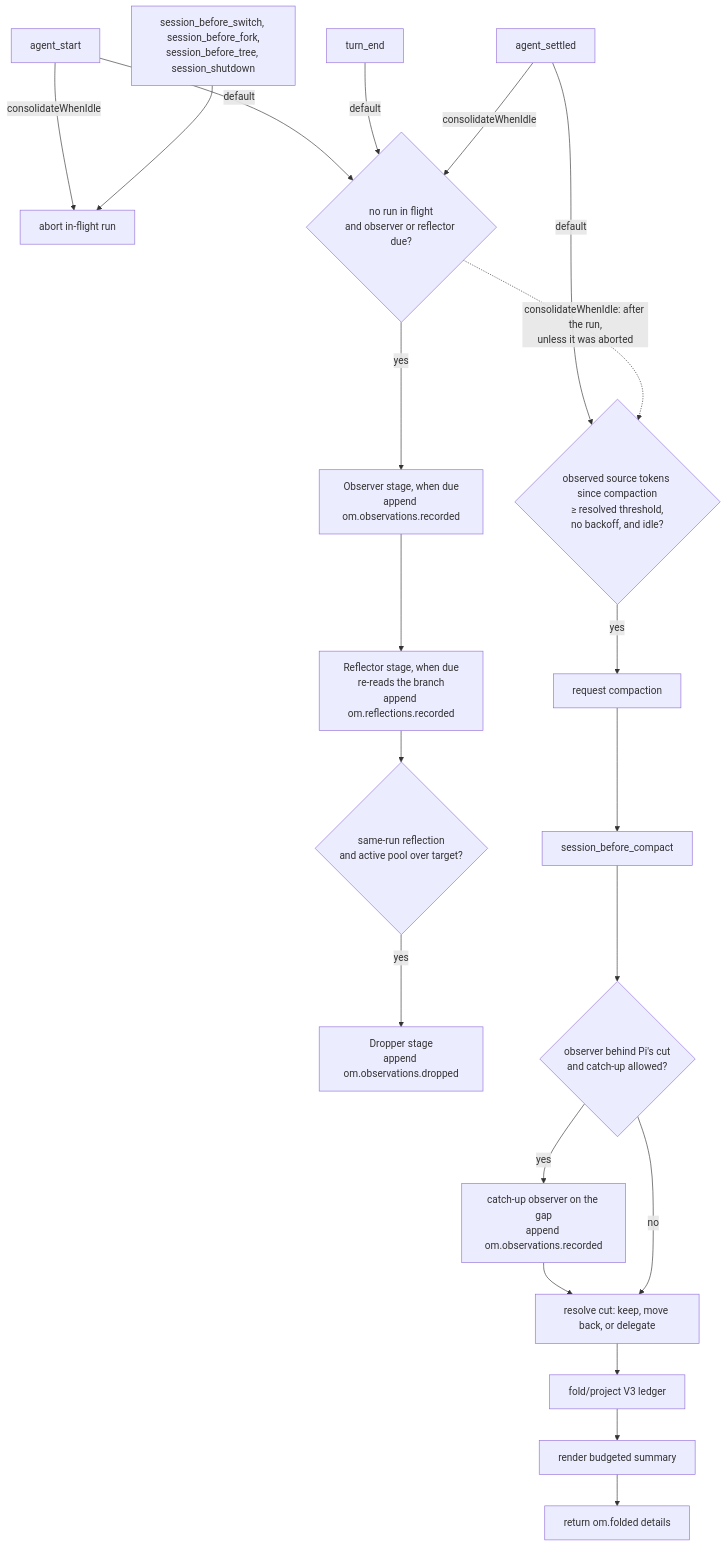
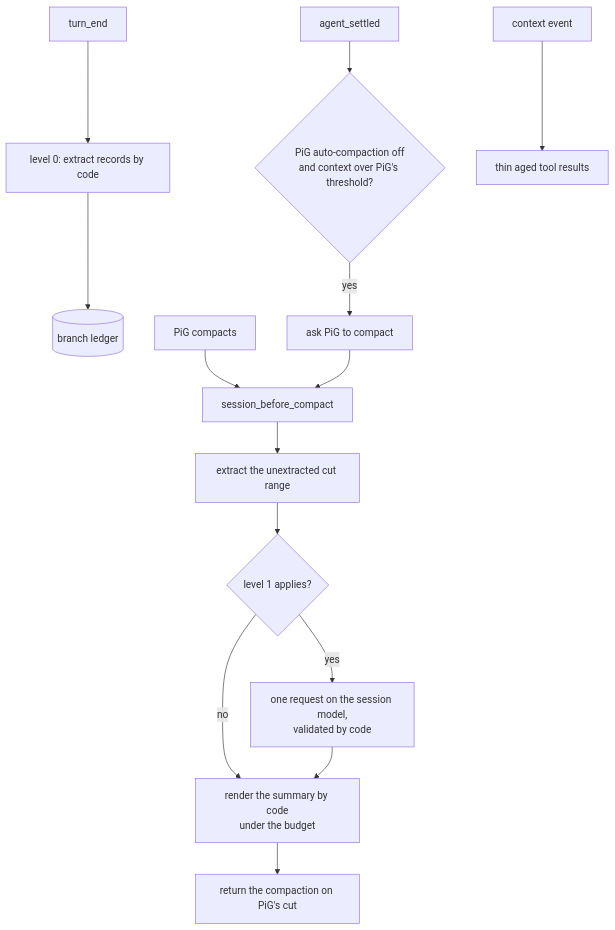
Before and after one commit to drvova/pig-observational-memory: the diagram in docs/how-it-works.md, drawn with Mermaid. The commit also changed other lines of this file and 179 other files, not shown here.

````diff
--- a/docs/how-it-works.md
+++ b/docs/how-it-works.md
@@ -24,42 +25,16 @@
 ```mermaid
 flowchart TD
-    AS[agent_start]
-    TE[turn_end]
-    AE[agent_settled]
-    SE[session_before_switch, session_before_fork,<br/>session_before_tree, session_shutdown]
-    SBC[session_before_compact]
-
-    Abort[abort in-flight run]
-    RunDue{no run in flight<br/>and observer or reflector due?}
-    Observer[Observer stage, when due<br/>append om.observations.recorded]
-    Reflector[Reflector stage, when due<br/>re-reads the branch<br/>append om.reflections.recorded]
-    DropDue{same-run reflection<br/>and active pool over target?}
-    Dropper[Dropper stage<br/>append om.observations.dropped]
-
-    CompactDue{observed source tokens since compaction<br/>≥ resolved threshold,<br/>no backoff, and idle?}
-    CompactCall[request compaction]
-
-    Behind{observer behind Pi's cut<br/>and catch-up allowed?}
-    CatchUp[catch-up observer on the gap<br/>append om.observations.recorded]
-    Cut[resolve cut: keep, move back, or delegate]
-    Fold[fold/project V3 ledger]
-    Render[render budgeted summary]
-    Details[return om.folded details]
-
-    AS -->|default| RunDue
-    AS -->|consolidateWhenIdle| Abort
-    SE --> Abort
-    TE -->|default| RunDue
-    AE -->|consolidateWhenIdle| RunDue
-    RunDue -- yes --> Observer --> Reflector --> DropDue
-    DropDue -- yes --> Dropper
-
-    AE -->|default| CompactDue
-    RunDue -.->|consolidateWhenIdle: after the run,<br/>unless it was aborted| CompactDue
-    CompactDue -- yes --> CompactCall
-    CompactCall --> SBC
-    SBC --> Behind
-    Behind -- yes --> CatchUp --> Cut
-    Behind -- no --> Cut
-    Cut --> Fold --> Render --> Details
+    TE[turn_end] --> L0[level 0: extract records by code]
+    L0 --> LED[(branch ledger)]
+    AE[agent_settled] --> TRIG{PiG auto-compaction off<br/>and context over PiG's threshold?}
+    TRIG -- yes --> CMP[ask PiG to compact]
+    PIG[PiG compacts] --> SBC[session_before_compact]
+    CMP --> SBC
+    SBC --> GAP[extract the unextracted cut range]
+    GAP --> L1{level 1 applies?}
+    L1 -- yes --> REQ[one request on the session model,<br/>validated by code]
+    L1 -- no --> RENDER
+    REQ --> RENDER[render the summary by code<br/>under the budget]
+    RENDER --> OUT[return the compaction on PiG's cut]
+    CTX[context event] --> THIN[thin aged tool results]
 ```
````
